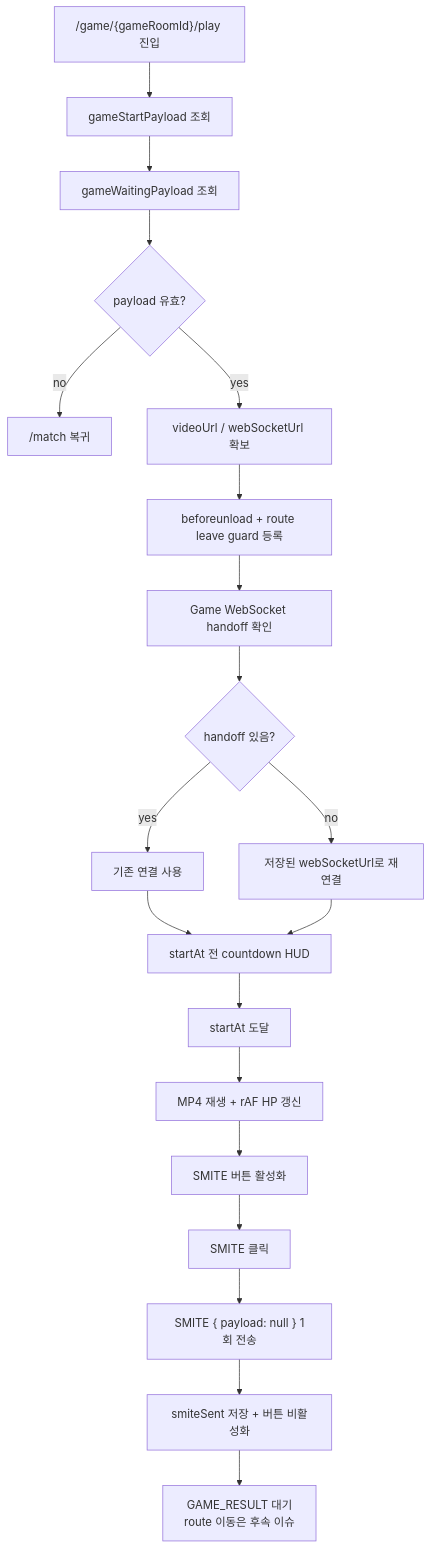
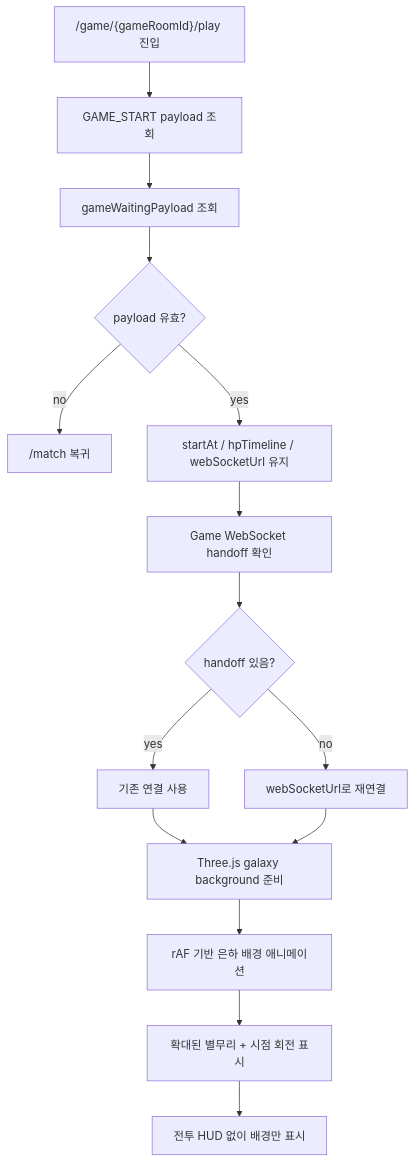
The first of 2 diagrams in docs/antigravity/frontend/issue-90-game-play-screen.md (moonwhistle/League-of-Star), drawn with Mermaid before and after one commit. The commit also changed other lines of this file and 49 other files, not shown here.

````diff
--- a/docs/antigravity/frontend/issue-90-game-play-screen.md
+++ b/docs/antigravity/frontend/issue-90-game-play-screen.md
@@ -13,22 +9,17 @@
 ```mermaid
 flowchart TD
-    A["/game/{gameRoomId}/play 진입"] --> B["gameStartPayload 조회"]
+    A["/game/{gameRoomId}/play 진입"] --> B["GAME_START payload 조회"]
     B --> C["gameWaitingPayload 조회"]
     C --> D{"payload 유효?"}
     D -->|no| E["/match 복귀"]
-    D -->|yes| F["videoUrl / webSocketUrl 확보"]
-    F --> G["beforeunload + route leave guard 등록"]
-    G --> H["Game WebSocket handoff 확인"]
-    H --> I{"handoff 있음?"}
-    I -->|yes| J["기존 연결 사용"]
-    I -->|no| K["저장된 webSocketUrl로 재연결"]
-    J --> L["startAt 전 countdown HUD"]
-    K --> L
-    L --> M["startAt 도달"]
-    M --> N["MP4 재생 + rAF HP 갱신"]
-    N --> O["SMITE 버튼 활성화"]
-    O --> P["SMITE 클릭"]
-    P --> Q["SMITE { payload: null } 1회 전송"]
-    Q --> R["smiteSent 저장 + 버튼 비활성화"]
-    R --> S["GAME_RESULT 대기<br/>route 이동은 후속 이슈"]
+    D -->|yes| F["startAt / hpTimeline / webSocketUrl 유지"]
+    F --> G["Game WebSocket handoff 확인"]
+    G --> H{"handoff 있음?"}
+    H -->|yes| I["기존 연결 사용"]
+    H -->|no| J["webSocketUrl로 재연결"]
+    I --> K["Three.js galaxy background 준비"]
+    J --> K
+    K --> L["rAF 기반 은하 배경 애니메이션"]
+    L --> M["확대된 별무리 + 시점 회전 표시"]
+    M --> N["전투 HUD 없이 배경만 표시"]
 ```
````
